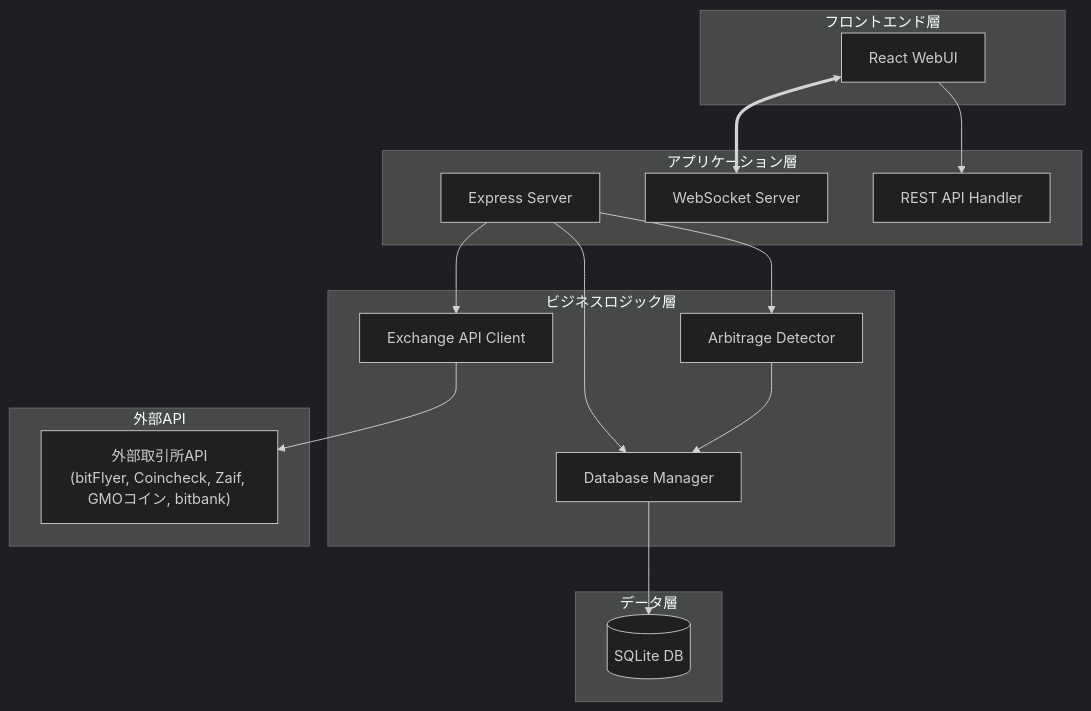
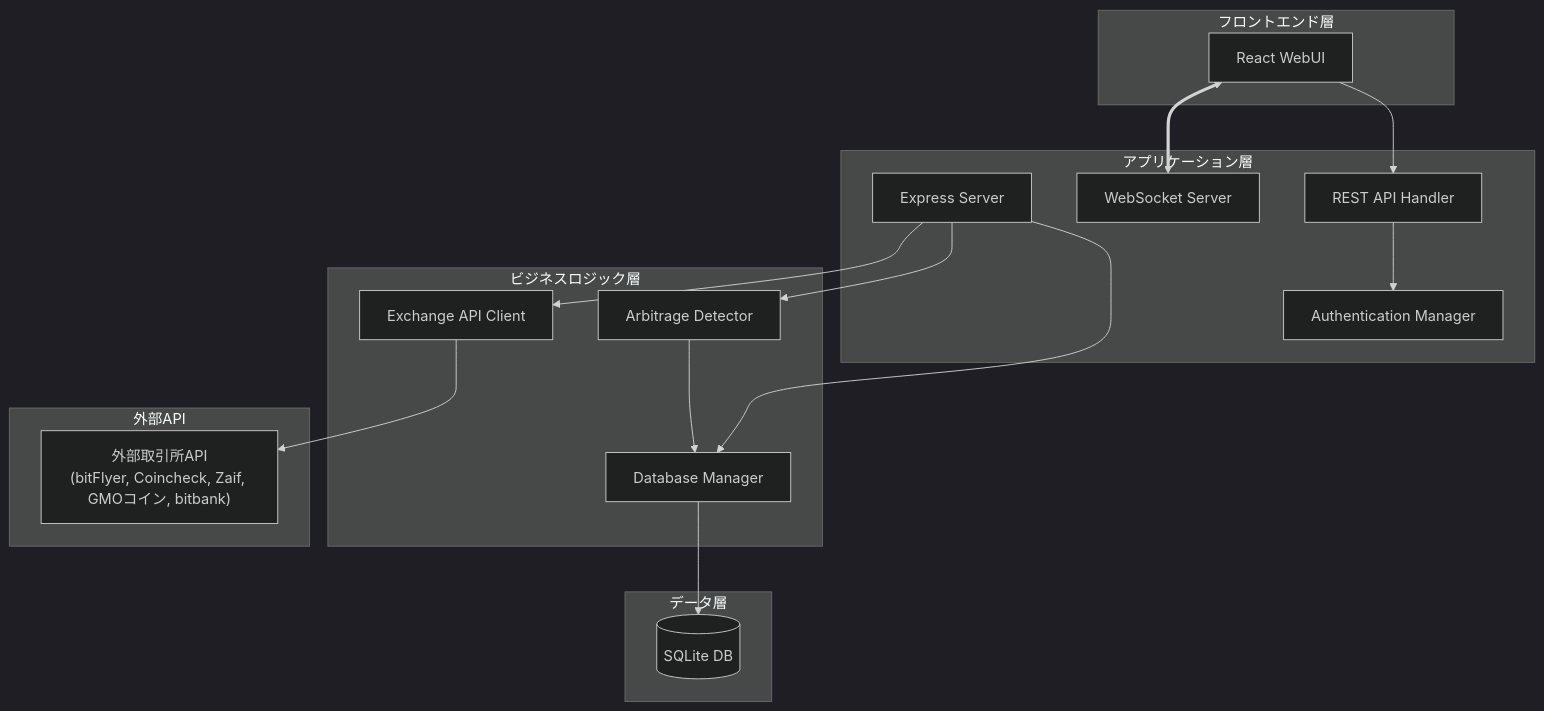
Before and after one commit to mnbhsgw/bitcoin-arbitrage2: the first of 5 diagrams in 高レベル設計書.md, drawn with Mermaid (dark theme). The commit also changed other lines of this file and 27 other files, not shown here.

````diff
--- a/高レベル設計書.md
+++ b/高レベル設計書.md
@@ -25,35 +25,37 @@
 ```mermaid
 graph TB
     subgraph "フロントエンド層"
         WebUI[React WebUI]
     end
     
     subgraph "アプリケーション層"
         Server[Express Server]
         WSS[WebSocket Server]
         API[REST API Handler]
+        Auth[Authentication Manager]
     end
     
     subgraph "ビジネスロジック層"
         ExchangeAPI[Exchange API Client]
         ArbitrageDetector[Arbitrage Detector]
         Database[Database Manager]
     end
     
     subgraph "データ層"
         SQLite[(SQLite DB)]
     end
     
     subgraph "外部API"
         ExternalAPIs["外部取引所API<br/>(bitFlyer, Coincheck, Zaif, GMOコイン, bitbank)"]
     end
     
     WebUI <==> WSS
     WebUI --> API
+    API --> Auth
     Server --> ExchangeAPI
     Server --> ArbitrageDetector
     Server --> Database
     ExchangeAPI --> ExternalAPIs
     ArbitrageDetector --> Database
     Database --> SQLite
 ```
````
